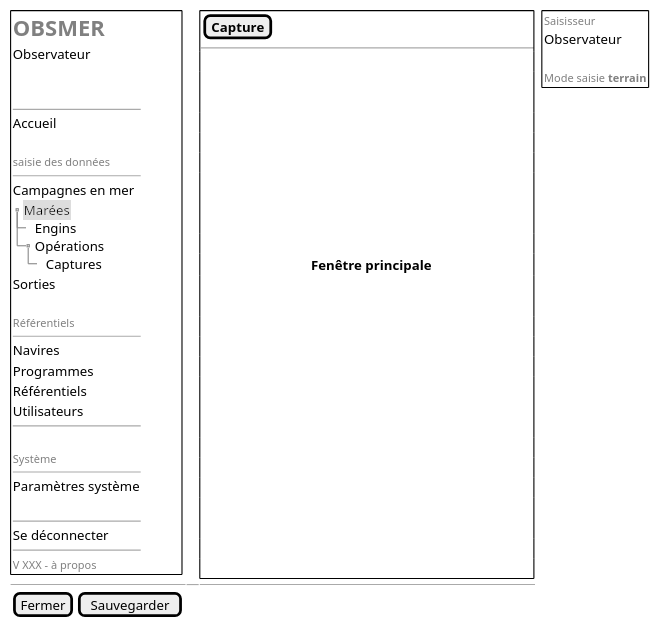
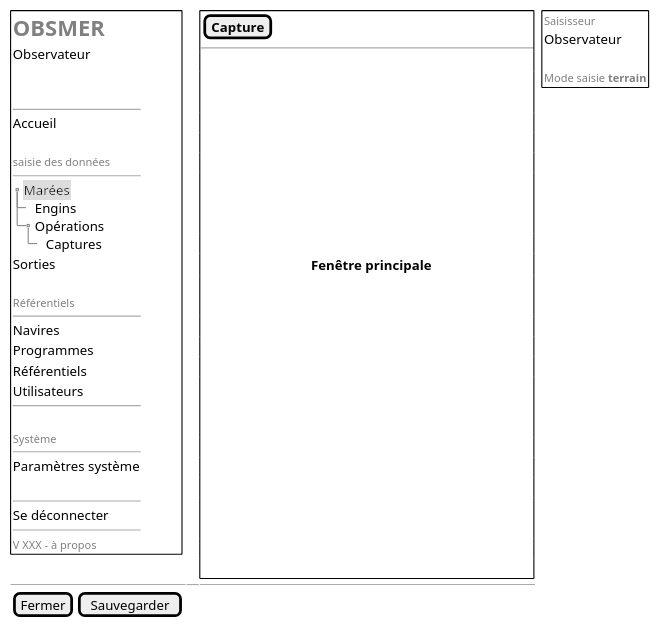
Before and after one commit to sumaris-net/sumaris-doc: the diagram in projects/obsmer/spe/images/main-tree-expanded.puml, drawn with PlantUML. The commit also changed 9 other files, not shown here.

```diff
--- a/projects/obsmer/spe/images/main-tree-expanded.puml
+++ b/projects/obsmer/spe/images/main-tree-expanded.puml
@@ -1,82 +1,81 @@
 @startsalt
 {
   {+
    {
        <b><font color=grey size=20>OBSMER    | . | . | . | . | . | . | .
        Observateur
        .
        .
        --
        Accueil    | .
        .
        <font color=grey size=10>saisie des données
        --
-       Campagnes en mer       | .
        {T
             +<back:#DDD>Marées
             ++ Engins       | .
             ++ Opérations       | .
             +++ Captures       | .
        }
        Sorties        | .
        .
        <font color=grey size=10>Référentiels
        --
        Navires       | .
        Programmes        | .
        Référentiels        | .
        Utilisateurs        | .
        --
        .
        <font color=grey size=10>Système
        --
        Paramètres système       | .
        .
 
        --
        Se déconnecter       | .
        --
    }
 
    {
       <font color=grey size=10>V XXX - à propos
    }
   } | . | {+
     { [<b>Capture] | . |  . |  . | . | . | . | . | . | . | . | . | . | . | . | . | . | . |. |. |. |. |. |. |. |. |. |. |. |. |. |. |. |. |. |. |. |. |. |. |. |. |. |. |. |.  }
     --
     .
     .
     .
     .
     .
     .
     .
     .
     .
     .
     { | . | . | . | . | . | . | . | . | . | . | . | . | . | . | . | . | . | . | . | <b>Fenêtre principale }
     .
     .
     .
     .
     .
     .
     .
     .
     .
     .
     .
     .
     .
     .
     .
     } | . | {+
     { <font color=grey size=10>Saisisseur
     Observateur
     .
     <font color=grey size=10>Mode saisie <b>terrain}
  }
   -- | -- | --
   { [Fermer] | [Sauvegarder]}
 }
 @endsalt
```
